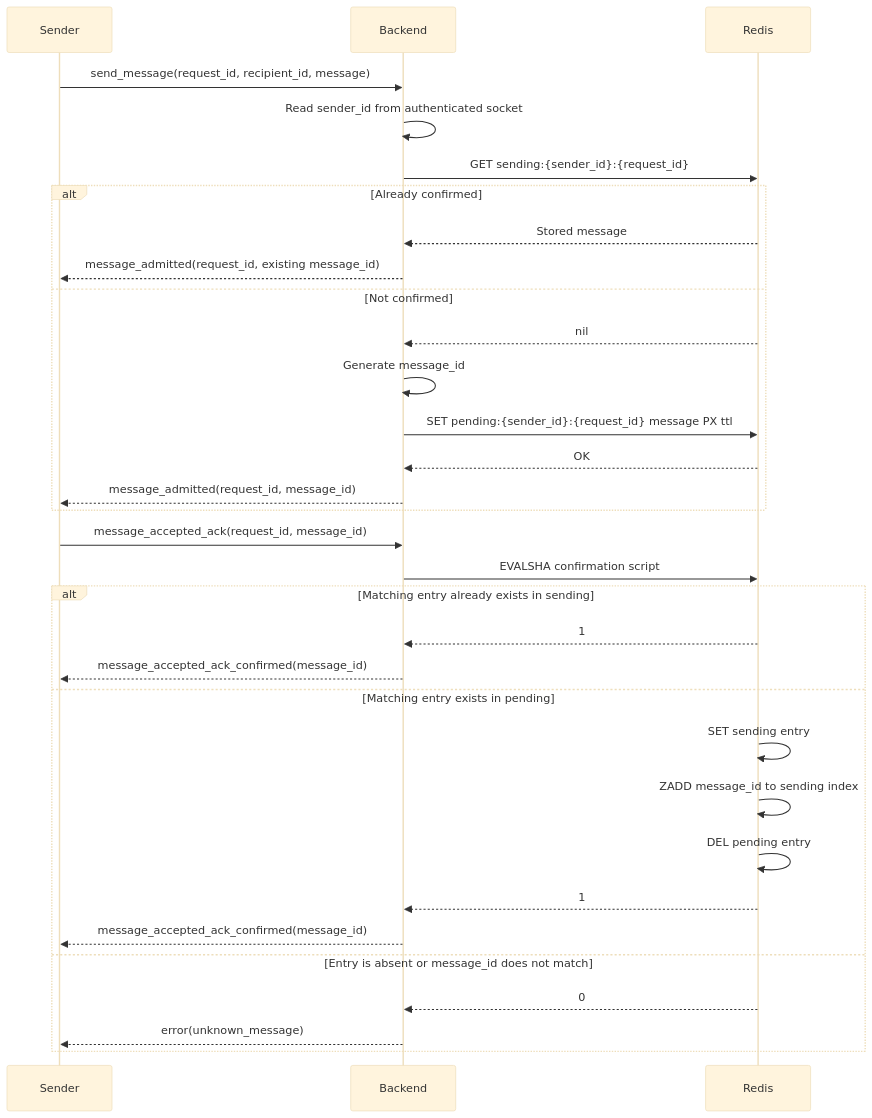
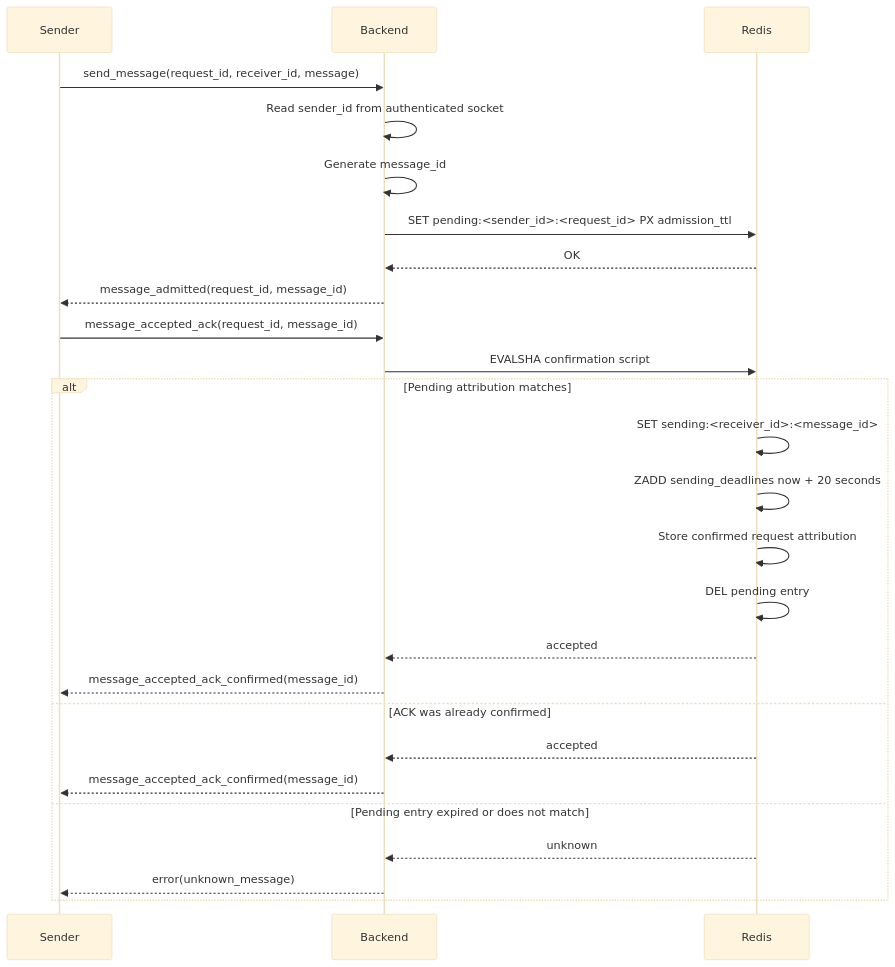
The first of 3 diagrams in MESSAGE_DELIVERY.md (cmunaro/ChatChat), drawn with Mermaid (base theme) before and after one commit. The commit also changed other lines of this file and 6 other files, not shown here.

````diff
--- a/MESSAGE_DELIVERY.md
+++ b/MESSAGE_DELIVERY.md
@@ -7,38 +7,31 @@
 ```mermaid
 sequenceDiagram
     participant C1 as Sender
     participant BE as Backend
     participant Redis
 
-    C1->>BE: send_message(request_id, recipient_id, message)
+    C1->>BE: send_message(request_id, receiver_id, message)
     BE->>BE: Read sender_id from authenticated socket
-    BE->>Redis: GET sending:{sender_id}:{request_id}
-
-    alt Already confirmed
-        Redis-->>BE: Stored message
-        BE-->>C1: message_admitted(request_id, existing message_id)
-    else Not confirmed
-        Redis-->>BE: nil
-        BE->>BE: Generate message_id
-        BE->>Redis: SET pending:{sender_id}:{request_id} message PX ttl
-        Redis-->>BE: OK
-        BE-->>C1: message_admitted(request_id, message_id)
-    end
+    BE->>BE: Generate message_id
+    BE->>Redis: SET pending:<sender_id>:<request_id> PX admission_ttl
+    Redis-->>BE: OK
+    BE-->>C1: message_admitted(request_id, message_id)
 
     C1->>BE: message_accepted_ack(request_id, message_id)
     BE->>Redis: EVALSHA confirmation script
 
-    alt Matching entry already exists in sending
-        Redis-->>BE: 1
+    alt Pending attribution matches
+        Redis->>Redis: SET sending:<receiver_id>:<message_id>
+        Redis->>Redis: ZADD sending_deadlines now + 20 seconds
+        Redis->>Redis: Store confirmed request attribution
+        Redis->>Redis: DEL pending entry
+        Redis-->>BE: accepted
         BE-->>C1: message_accepted_ack_confirmed(message_id)
-    else Matching entry exists in pending
-        Redis->>Redis: SET sending entry
-        Redis->>Redis: ZADD message_id to sending index
-        Redis->>Redis: DEL pending entry
-        Redis-->>BE: 1
+    else ACK was already confirmed
+        Redis-->>BE: accepted
         BE-->>C1: message_accepted_ack_confirmed(message_id)
-    else Entry is absent or message_id does not match
-        Redis-->>BE: 0
+    else Pending entry expired or does not match
+        Redis-->>BE: unknown
         BE-->>C1: error(unknown_message)
     end
 ```
````
